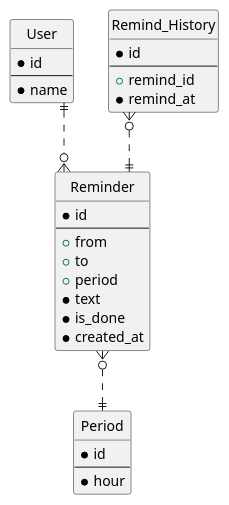
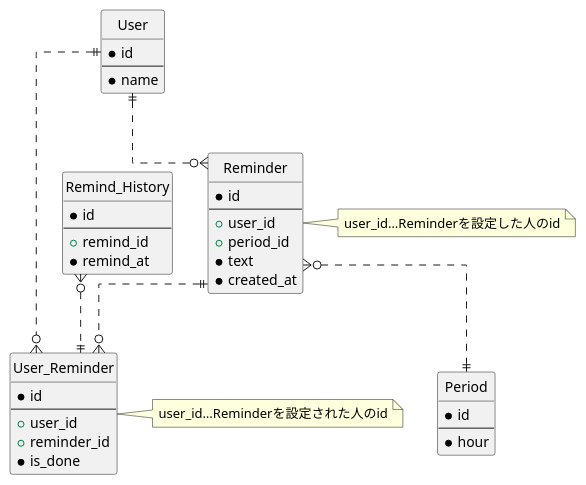
Before and after one commit to gn-t-k/PrAhaChallengeTasks: the diagram in 03_データベース/09_DBモデリング/【回答】DBモデリング4.md, drawn with PlantUML. The commit also changed other lines of this file, not shown here.

````diff
--- a/03_データベース/09_DBモデリング/【回答】DBモデリング4.md
+++ b/03_データベース/09_DBモデリング/【回答】DBモデリング4.md
@@ -5,42 +7,53 @@
 ```plantuml
 @startuml
 
 hide circle
 skinparam linetype ortho
 
 Entity User {
   *id
   --
   *name
 }
 
 Entity Reminder {
   *id
   --
-  +from
-  +to
-  +period
+  +user_id
+  +period_id
   *text
-  *is_done
   *created_at
 }
 
 Entity Period {
   *id
   --
   *hour
 }
 
 Entity Remind_History {
   *id
   --
   +remind_id
   *remind_at
 }
 
+Entity User_Reminder {
+  *id
+  --
+  +user_id
+  +reminder_id
+  *is_done
+}
+
+User ||..o{ User_Reminder
 User ||..o{ Reminder
+Reminder ||..o{ User_Reminder
 Reminder }o..|| Period
-Remind_History }o..|| Reminder
+Remind_History }o..|| User_Reminder
+
+note right of Reminder : user_id…Reminderを設定した人のid
+note right of User_Reminder : user_id…Reminderを設定された人のid
 
 @enduml
 ```
````
